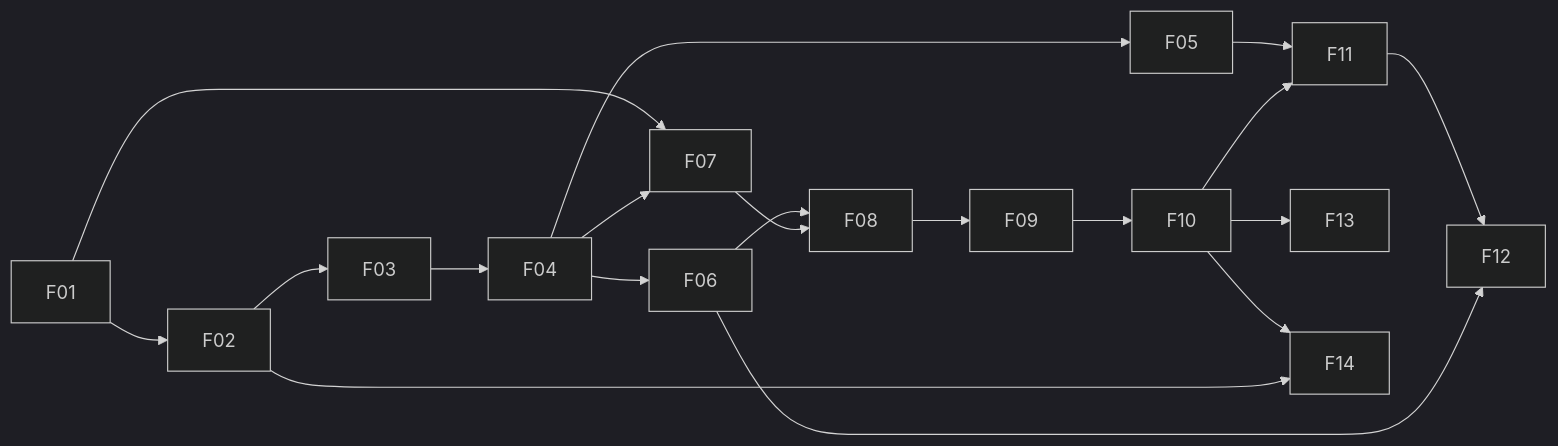
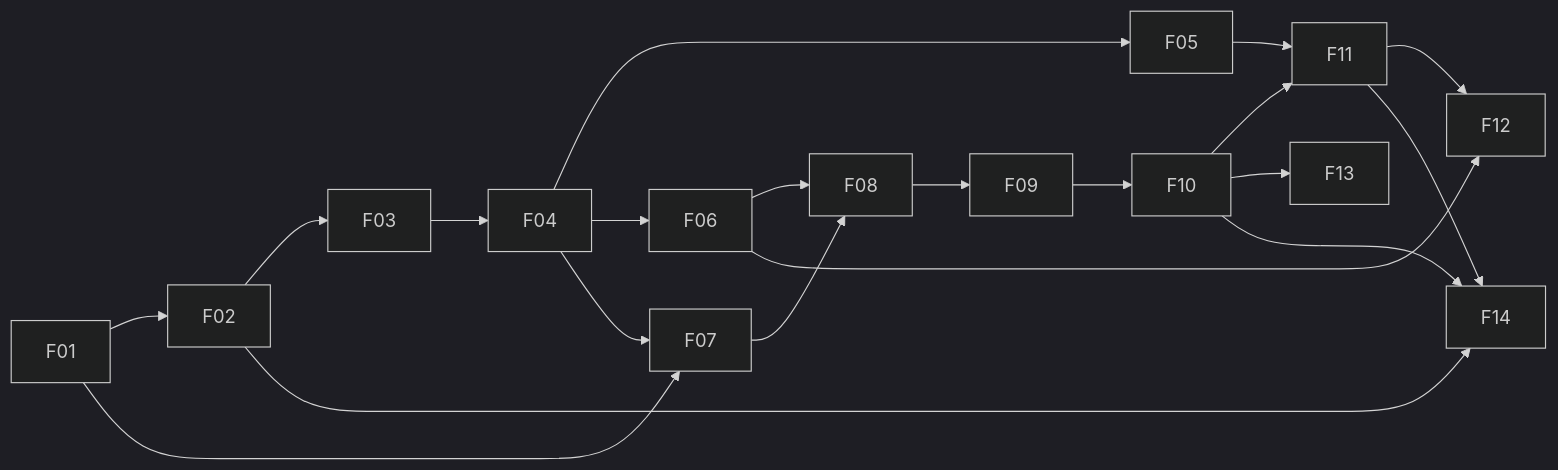
One commit to quita-app/quita-docs changed the diagram in docs/roadmap.md. Above: the diagram before and after it, drawn with Mermaid (dark theme). The commit also changed other lines of this file and 33 other files, not shown here.

````diff
--- a/docs/roadmap.md
+++ b/docs/roadmap.md
@@ -70,15 +70,16 @@
 ```mermaid
 flowchart LR
   F01 --> F02 --> F03 --> F04 --> F05
   F04 --> F06
   F01 --> F07
   F04 --> F07
   F06 --> F08
   F07 --> F08 --> F09 --> F10
   F05 --> F11
   F10 --> F11 --> F12
   F06 --> F12
   F10 --> F13
   F10 --> F14
   F02 --> F14
+  F11 --> F14
 ```
````
